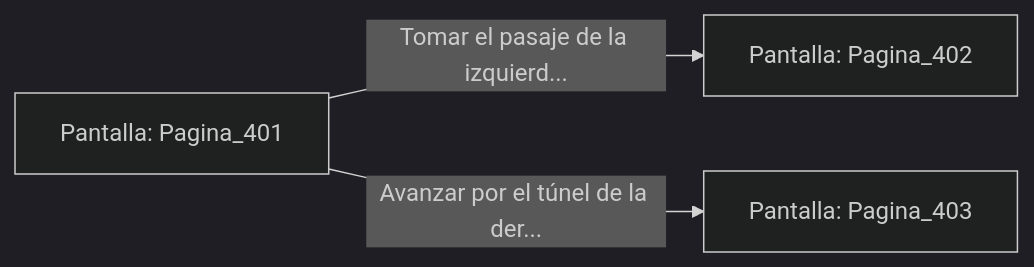
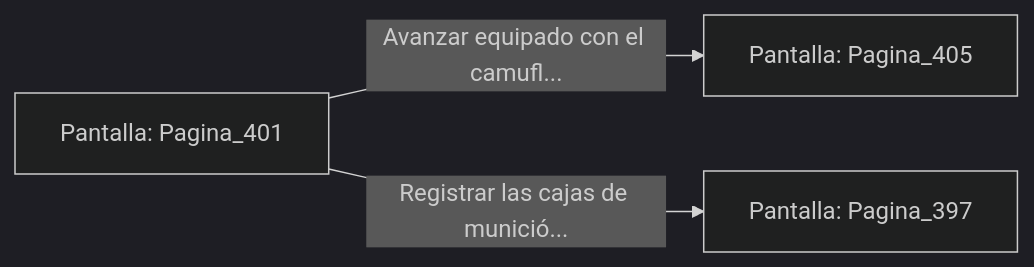
Before and after one commit to metsuke/mpl: the diagram in sample/eligejuego-vault/Pantalla_Pagina_401.md, drawn with Mermaid (dark theme). The commit also changed other lines of this file and 635 other files, not shown here.

First line of the commit message:
fix: añadir Pagina_1 como pantalla inicial en capitulo_01.mpl

````diff
--- a/sample/eligejuego-vault/Pantalla_Pagina_401.md
+++ b/sample/eligejuego-vault/Pantalla_Pagina_401.md
@@ -20,6 +24,6 @@
 ```mermaid
 graph LR
     P_Pagina_401["Pantalla: Pagina_401"]
-    P_Pagina_401 -->|"Tomar el pasaje de la izquierd..."| P_Pagina_402["Pantalla: Pagina_402"]
-    P_Pagina_401 -->|"Avanzar por el túnel de la der..."| P_Pagina_403["Pantalla: Pagina_403"]
+    P_Pagina_401 -->|"Avanzar equipado con el camufl..."| P_Pagina_405["Pantalla: Pagina_405"]
+    P_Pagina_401 -->|"Registrar las cajas de munició..."| P_Pagina_397["Pantalla: Pagina_397"]
 ```
````
